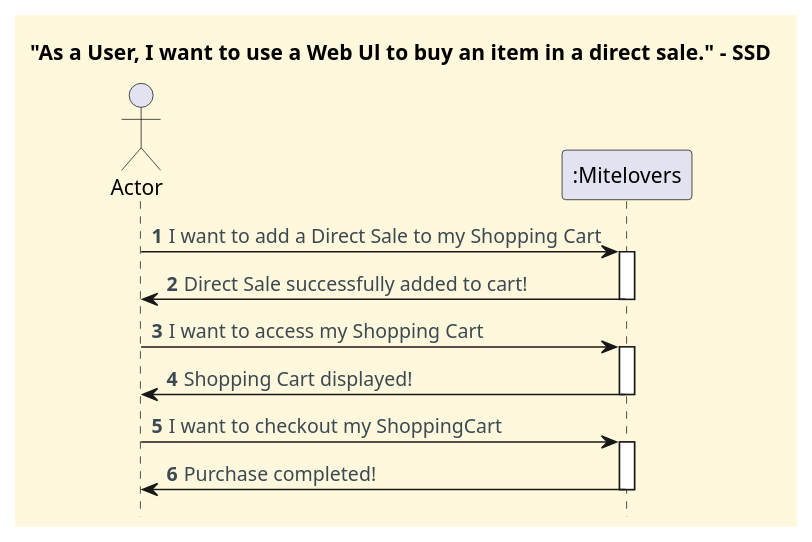
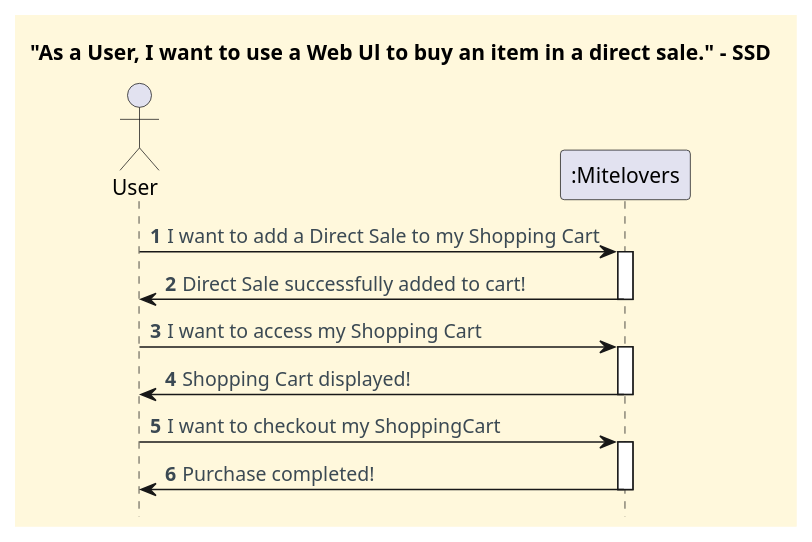
Before and after one commit to CarolinaLeite-collab/JavaMarketplacePlatform: the diagram in docs/client-server-diagrams/buy-item-on-direct-sale/Process_View_SSD.puml, drawn with PlantUML. The commit also changed 7 other files, not shown here.

Commit message:
docs: updated diagrams to be more consistent with the codebase, closes #1191

```diff
--- a/docs/client-server-diagrams/buy-item-on-direct-sale/Process_View_SSD.puml
+++ b/docs/client-server-diagrams/buy-item-on-direct-sale/Process_View_SSD.puml
@@ -1,40 +1,40 @@
 @startuml
 
 '==== basic style ====
 hide stereotype
 skinparam monochrome false
 skinparam shadowing false
 skinparam defaultFontName Futura
 skinparam objectFontSize 20
 skinparam backgroundColor CornSilk
 skinparam objectBackgroundColor WhiteSmoke
 skinparam noteBackgroundColor #FFFFE0
 skinparam ArrowFontColor #3B4953
 skinparam ActivationBackgroundColor black
 hidefootbox
 
 autonumber
 
 title "As a User, I want to use a Web Ul to buy an item in a direct sale." - SSD
 
 ' --- Actor and participants ---
 
-Actor Actor as BUYER
+Actor User as BUYER
 participant ":Mitelovers" as mite
 
 BUYER -> mite : I want to add a Direct Sale to my Shopping Cart
 activate mite
 mite -> BUYER : Direct Sale successfully added to cart!
 deactivate mite
 
 BUYER -> mite : I want to access my Shopping Cart
 activate mite
 mite -> BUYER : Shopping Cart displayed!
 deactivate mite
 
 BUYER -> mite : I want to checkout my ShoppingCart
 activate mite
 mite -> BUYER : Purchase completed!
 deactivate mite
 
 @enduml
```
